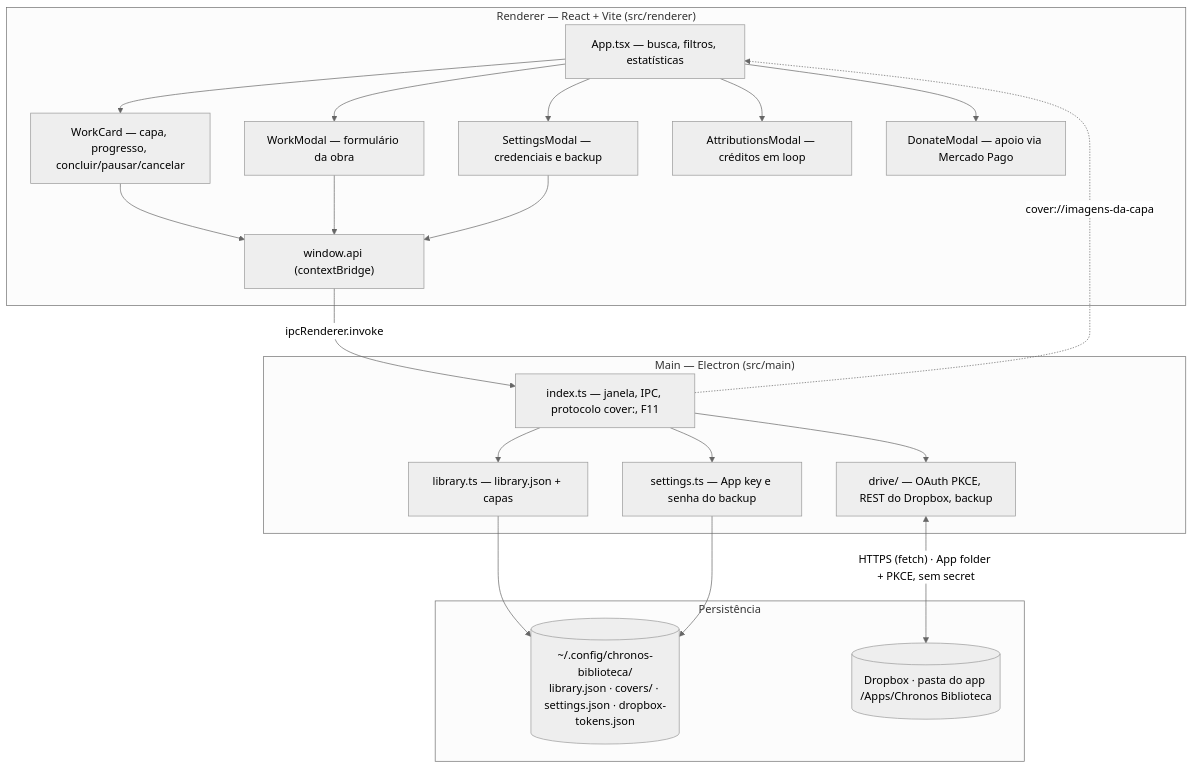
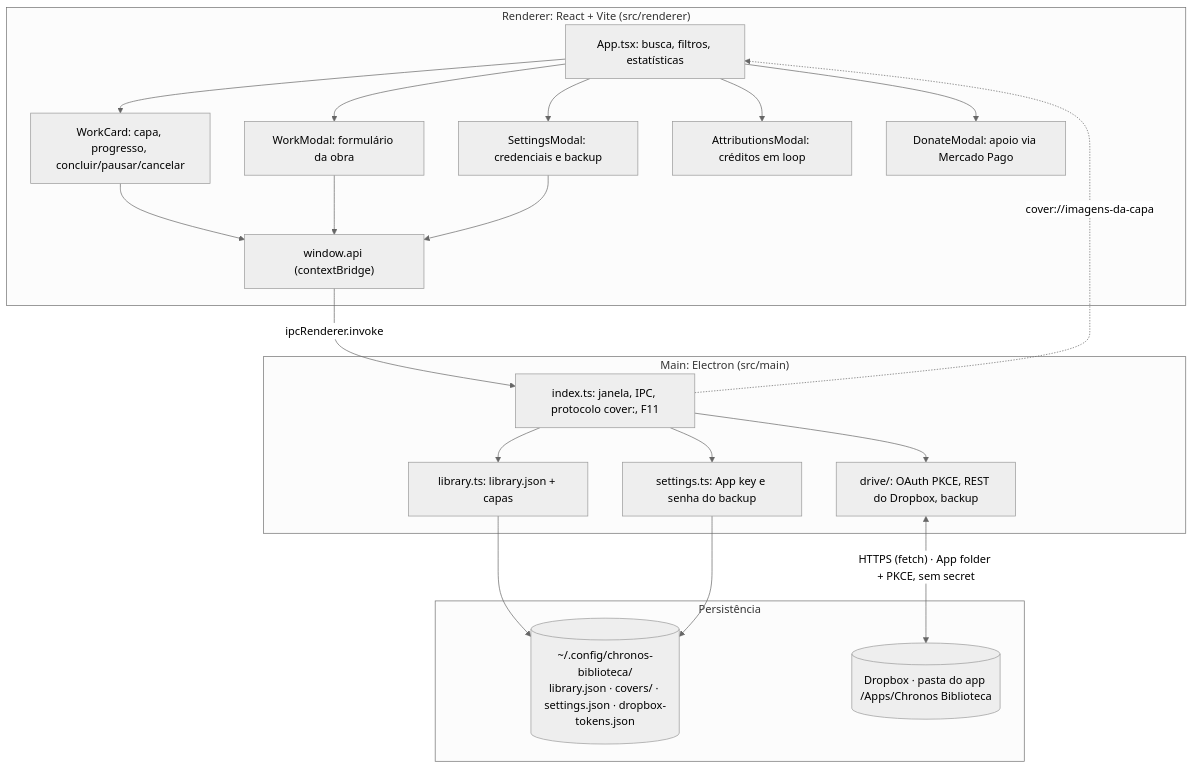
One commit to chronos-atalante/chronos-biblioteca changed the first of 5 diagrams in README.md. Above: the diagram before and after it, drawn with Mermaid (neutral theme). The commit also changed other lines of this file and 35 other files, not shown here.

````diff
--- a/README.md
+++ b/README.md
@@ -163,39 +162,39 @@
 ```mermaid
 flowchart TD
-    subgraph RENDERER["Renderer — React + Vite (src/renderer)"]
-        UI1["App.tsx — busca, filtros, estatísticas"]
-        UI2["WorkCard — capa, progresso, concluir/pausar/cancelar"]
-        UI3["WorkModal — formulário da obra"]
-        UI4["SettingsModal — credenciais e backup"]
-        UI5["AttributionsModal — créditos em loop"]
-        UI6["DonateModal — apoio via Mercado Pago"]
+    subgraph RENDERER["Renderer: React + Vite (src/renderer)"]
+        UI1["App.tsx: busca, filtros, estatísticas"]
+        UI2["WorkCard: capa, progresso, concluir/pausar/cancelar"]
+        UI3["WorkModal: formulário da obra"]
+        UI4["SettingsModal: credenciais e backup"]
+        UI5["AttributionsModal: créditos em loop"]
+        UI6["DonateModal: apoio via Mercado Pago"]
         BRIDGE["window.api (contextBridge)"]
         UI1 --> UI2
         UI1 --> UI3
         UI1 --> UI4
         UI1 --> UI5
         UI1 --> UI6
         UI2 --> BRIDGE
         UI3 --> BRIDGE
         UI4 --> BRIDGE
     end
 
-    subgraph MAIN["Main — Electron (src/main)"]
-        IDX["index.ts — janela, IPC, protocolo cover:, F11"]
-        LIB["library.ts — library.json + capas"]
-        SET["settings.ts — App key e senha do backup"]
-        DRV["drive/ — OAuth PKCE, REST do Dropbox, backup"]
+    subgraph MAIN["Main: Electron (src/main)"]
+        IDX["index.ts: janela, IPC, protocolo cover:, F11"]
+        LIB["library.ts: library.json + capas"]
+        SET["settings.ts: App key e senha do backup"]
+        DRV["drive/: OAuth PKCE, REST do Dropbox, backup"]
     end
 
     subgraph STORAGE["Persistência"]
         LOKAL[("~/.config/chronos-biblioteca/<br/>library.json · covers/ · settings.json · dropbox-tokens.json")]
         DRIVE[("Dropbox · pasta do app /Apps/Chronos Biblioteca")]
     end
 
     BRIDGE -->|"ipcRenderer.invoke"| IDX
     IDX --> LIB --> LOKAL
     IDX --> SET --> LOKAL
     IDX --> DRV
     DRV <-->|"HTTPS (fetch) · App folder + PKCE, sem secret"| DRIVE
     IDX -.->|"cover://imagens-da-capa"| UI1
 ```
````
